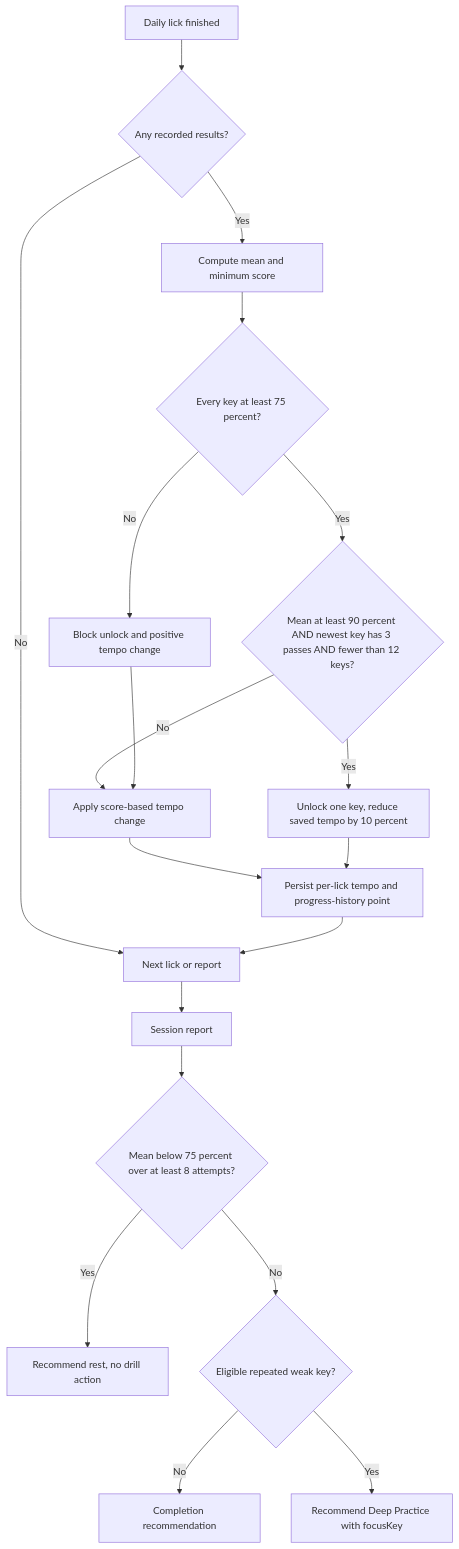
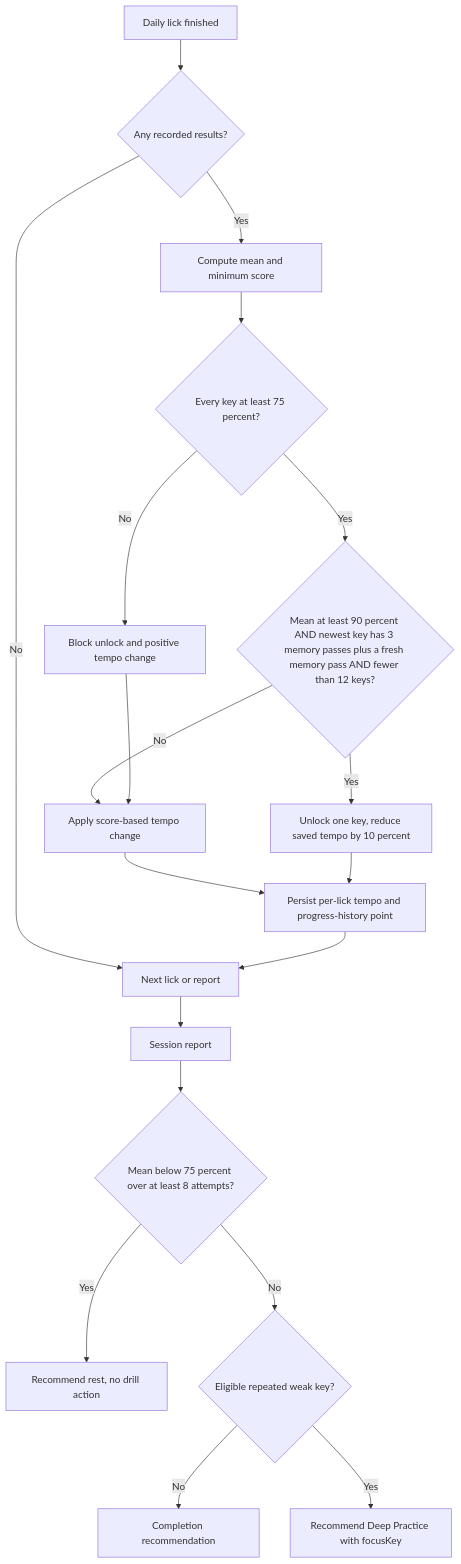
One commit to avitus/mankunku changed the fourth of 12 diagrams in documentation/architecture/lick-practice-state-machines.md. Above: the diagram before and after it, drawn with Mermaid. The commit also changed other lines of this file and 7 other files, not shown here.

Commit message:
fix: require memory passes before unlocking lick keys

````diff
--- a/documentation/architecture/lick-practice-state-machines.md
+++ b/documentation/architecture/lick-practice-state-machines.md
@@ -143,21 +143,21 @@
 ```mermaid
 flowchart TD
     Close[Daily lick finished] --> Has{Any recorded results?}
     Has -->|No| Next[Next lick or report]
     Has -->|Yes| Stats[Compute mean and minimum score]
     Stats --> Floor{Every key at least 75 percent?}
     Floor -->|No| NoUnlock[Block unlock and positive tempo change]
-    Floor -->|Yes| Gate{Mean at least 90 percent AND newest key has 3 passes AND fewer than 12 keys?}
+    Floor -->|Yes| Gate{Mean at least 90 percent AND newest key has 3 memory passes plus a fresh memory pass AND fewer than 12 keys?}
     Gate -->|Yes| Unlock[Unlock one key, reduce saved tempo by 10 percent]
     Gate -->|No| Delta[Apply score-based tempo change]
     NoUnlock --> Delta
     Delta --> Save[Persist per-lick tempo and progress-history point]
     Unlock --> Save
     Save --> Next
     Next --> Report[Session report]
     Report --> Rest{Mean below 75 percent over at least 8 attempts?}
     Rest -->|Yes| Stop[Recommend rest, no drill action]
     Rest -->|No| Weak{Eligible repeated weak key?}
     Weak -->|No| Done[Completion recommendation]
     Weak -->|Yes| Drill[Recommend Deep Practice with focusKey]
 ```
````
